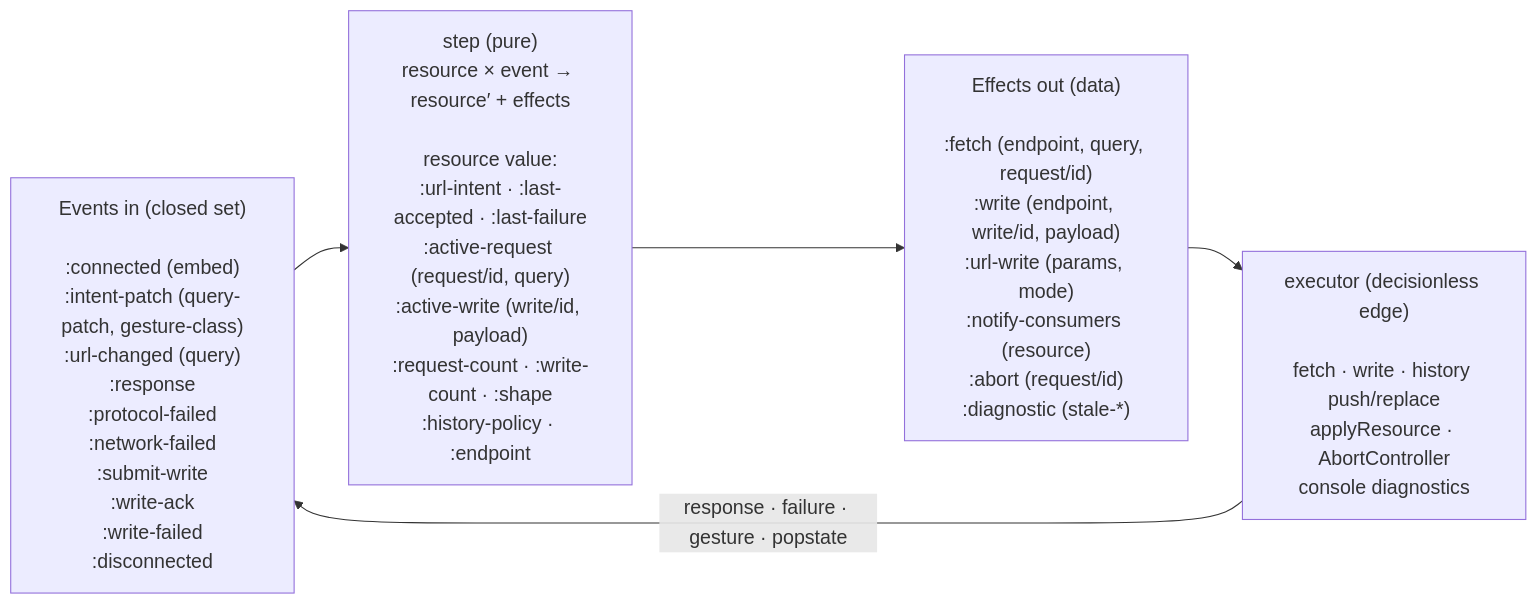
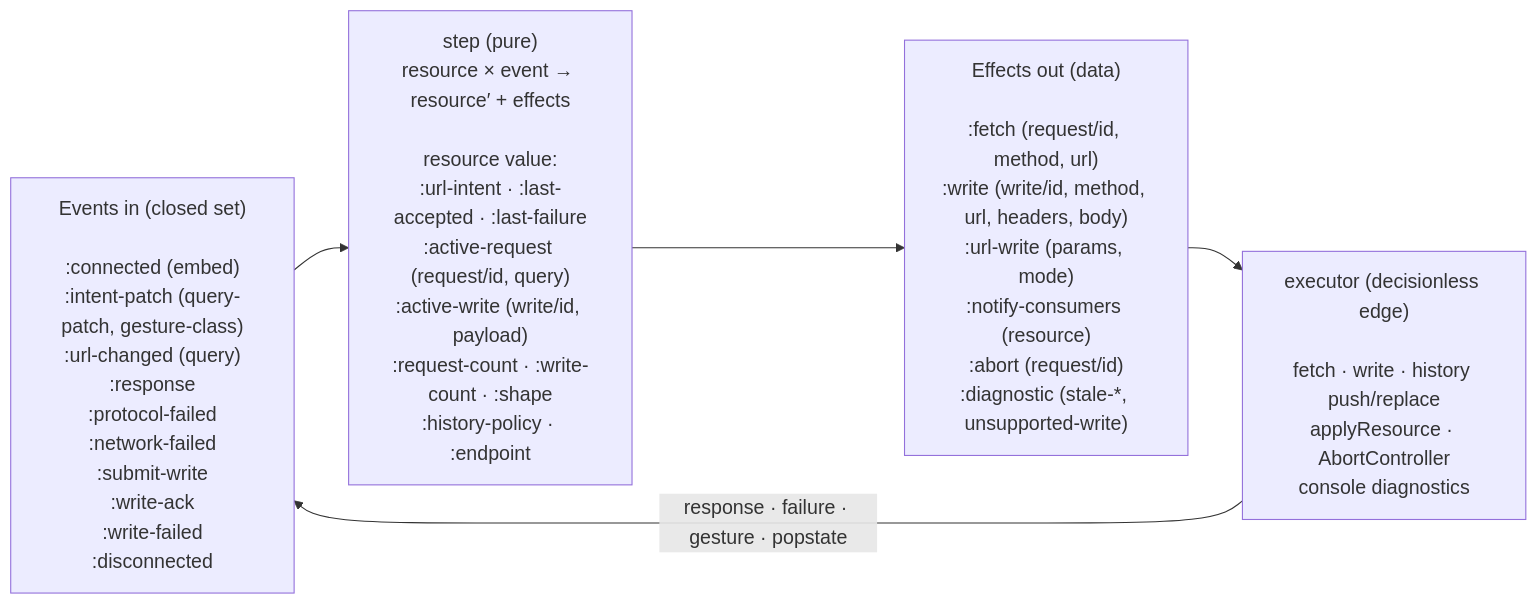
Before and after one commit to avanelsas/baredom: the second of 2 diagrams in barebuild/README.md, drawn with Mermaid. The commit also changed other lines of this file and 17 other files, not shown here.

````diff
--- a/barebuild/README.md
+++ b/barebuild/README.md
@@ -69,14 +69,14 @@
 ```mermaid
 %%{init: {'themeVariables': {'fontSize': '18px'}}}%%
 flowchart LR
   EVENTS["Events in (closed set)<br/><br/>:connected (embed)<br/>:intent-patch (query-patch, gesture-class)<br/>:url-changed (query)<br/>:response<br/>:protocol-failed<br/>:network-failed<br/>:submit-write<br/>:write-ack<br/>:write-failed<br/>:disconnected"]
 
   STEP["step (pure)<br/>resource × event → resource′ + effects<br/><br/>resource value:<br/>:url-intent · :last-accepted · :last-failure<br/>:active-request (request/id, query)<br/>:active-write (write/id, payload)<br/>:request-count · :write-count · :shape<br/>:history-policy · :endpoint"]
 
-  EFFECTS["Effects out (data)<br/><br/>:fetch (endpoint, query, request/id)<br/>:write (endpoint, write/id, payload)<br/>:url-write (params, mode)<br/>:notify-consumers (resource)<br/>:abort (request/id)<br/>:diagnostic (stale-*)"]
+  EFFECTS["Effects out (data)<br/><br/>:fetch (request/id, method, url)<br/>:write (write/id, method, url, headers, body)<br/>:url-write (params, mode)<br/>:notify-consumers (resource)<br/>:abort (request/id)<br/>:diagnostic (stale-*, unsupported-write)"]
 
   EXEC["executor (decisionless edge)<br/><br/>fetch · write · history push/replace<br/>applyResource · AbortController<br/>console diagnostics"]
 
   EVENTS --> STEP --> EFFECTS --> EXEC
   EXEC -->|"response · failure · gesture · popstate"| EVENTS
 ```
````
